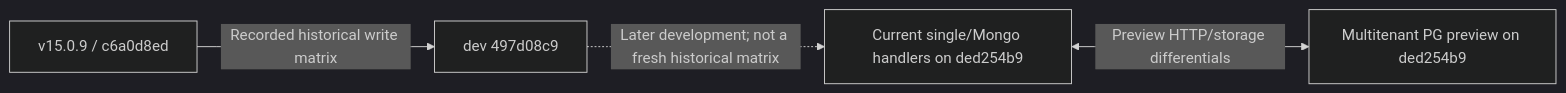
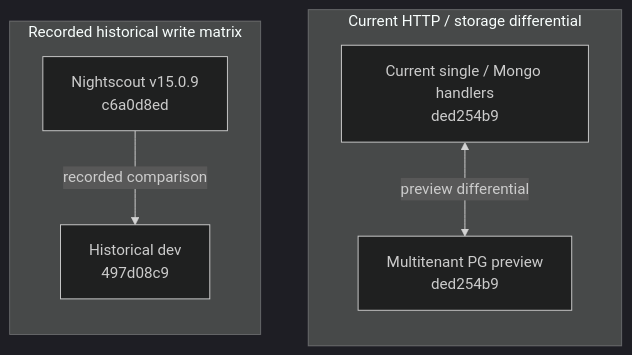
Before and after one commit to bewest/rag-nightscout-ecosystem-alignment: the third of 3 diagrams in docs/30-design/tenancy/single-and-multitenant-architecture.md, drawn with Mermaid (dark theme). The commit also changed other lines of this file and 3 other files, not shown here.

Commit message:
Render current multitenant progress and architecture diagrams

````diff
--- a/docs/30-design/tenancy/single-and-multitenant-architecture.md
+++ b/docs/30-design/tenancy/single-and-multitenant-architecture.md
@@ -172,6 +167,13 @@
 ```mermaid
 flowchart LR
-  Old["v15.0.9 / c6a0d8ed"] -->|"Recorded historical write matrix"| Historic["dev 497d08c9"]
-  Current["Current single/Mongo handlers on ded254b9"] <-->|"Preview HTTP/storage differentials"| Multi["Multitenant PG preview on ded254b9"]
-  Historic -. "Later development; not a fresh historical matrix" .-> Current
+  subgraph Historical["Recorded historical write matrix"]
+    direction TB
+    Old["Nightscout v15.0.9<br/>c6a0d8ed"] -->|"recorded comparison"| Historic["Historical dev<br/>497d08c9"]
+  end
+  subgraph Preview["Current HTTP / storage differential"]
+    direction TB
+    Current["Current single / Mongo handlers<br/>ded254b9"] <-->|"preview differential"| Multi["Multitenant PG preview<br/>ded254b9"]
+  end
+  %% Layout-only link, not a comparison between the experiments
+  Historical ~~~ Preview
 ```
````
